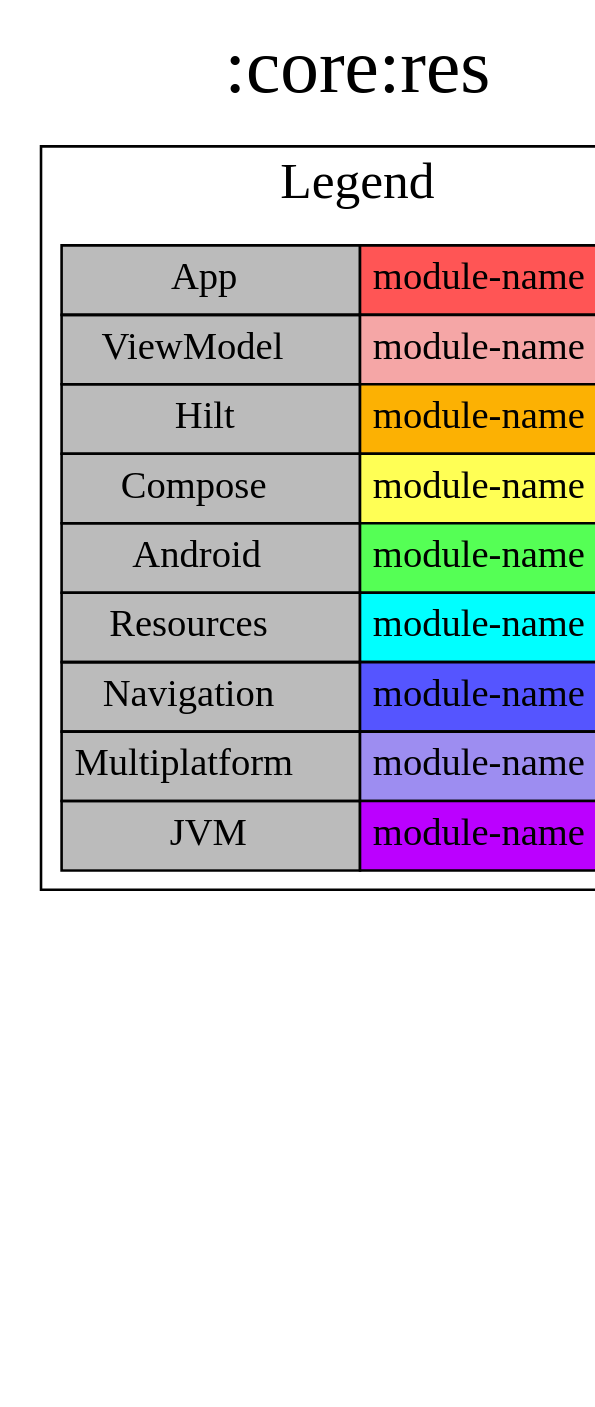
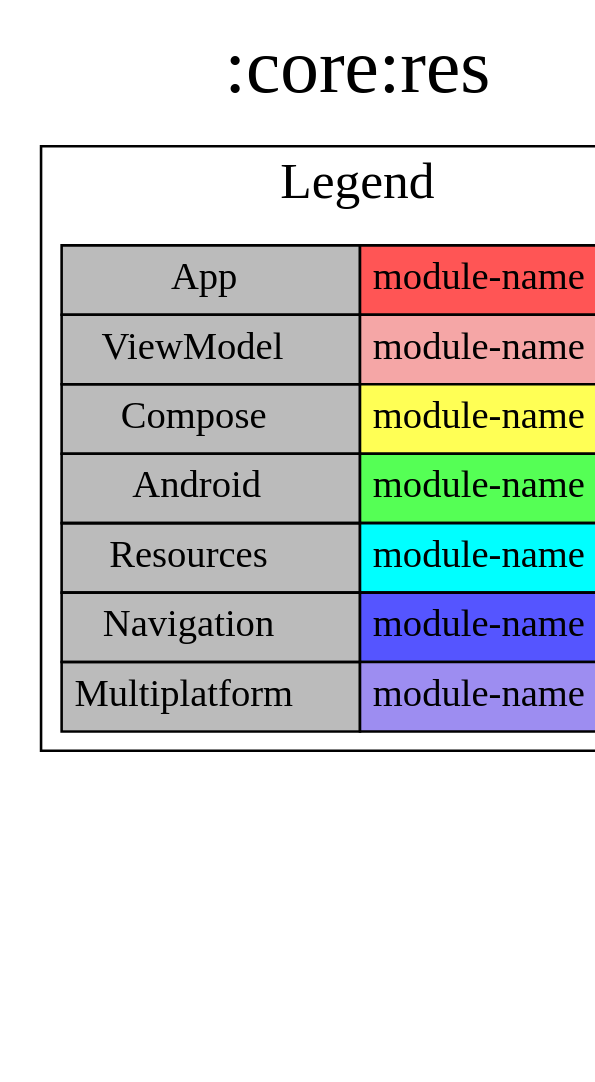
One commit to jonapoul/aktual changed the diagram in modules/core/res/project-dependency-graph.dot. Above: the diagram before and after it, drawn with Graphviz. The commit also changed 142 other files, not shown here.

```diff
--- a/modules/core/res/project-dependency-graph.dot
+++ b/modules/core/res/project-dependency-graph.dot
@@ -1,28 +1,26 @@
 digraph {
 edge ["dir"="forward"]
-graph ["dpi"="100","label"=":core:res","labelloc"="t","fontsize"="30","ranksep"="2.5","rankdir"="TB"]
+graph ["dpi"="100","label"=":core:res","labelloc"="t","fontsize"="30","ranksep"="1.5","rankdir"="TB"]
 node ["style"="filled"]
 ":core:res" ["shape"="box","fillcolor"="#00FFFF"]
 {
 edge ["dir"="none"]
 graph ["rank"="same"]
 ":core:res"
 }
 subgraph "cluster_legend" {
 edge ["dir"="none"]
 graph ["label"="Legend","fontsize"="20"]
 "Legend" ["style"="filled","fillcolor"="#bbbbbb","shape"="none","margin"="0","fontsize"="15","label"=<
 <TABLE BORDER="0" CELLBORDER="1" CELLSPACING="0" CELLPADDING="4">
 <TR><TD>App</TD><TD BGCOLOR="#FF5555">module-name</TD></TR>
 <TR><TD>ViewModel</TD><TD BGCOLOR="#F5A6A6">module-name</TD></TR>
-<TR><TD>Hilt</TD><TD BGCOLOR="#FCB103">module-name</TD></TR>
 <TR><TD>Compose</TD><TD BGCOLOR="#FFFF55">module-name</TD></TR>
 <TR><TD>Android</TD><TD BGCOLOR="#55FF55">module-name</TD></TR>
 <TR><TD>Resources</TD><TD BGCOLOR="#00FFFF">module-name</TD></TR>
 <TR><TD>Navigation</TD><TD BGCOLOR="#5555FF">module-name</TD></TR>
 <TR><TD>Multiplatform</TD><TD BGCOLOR="#9D8DF1">module-name</TD></TR>
-<TR><TD>JVM</TD><TD BGCOLOR="#BB00FF">module-name</TD></TR>
 </TABLE>
 >]
 } -> ":core:res" ["style"="invis"]
 }
```
